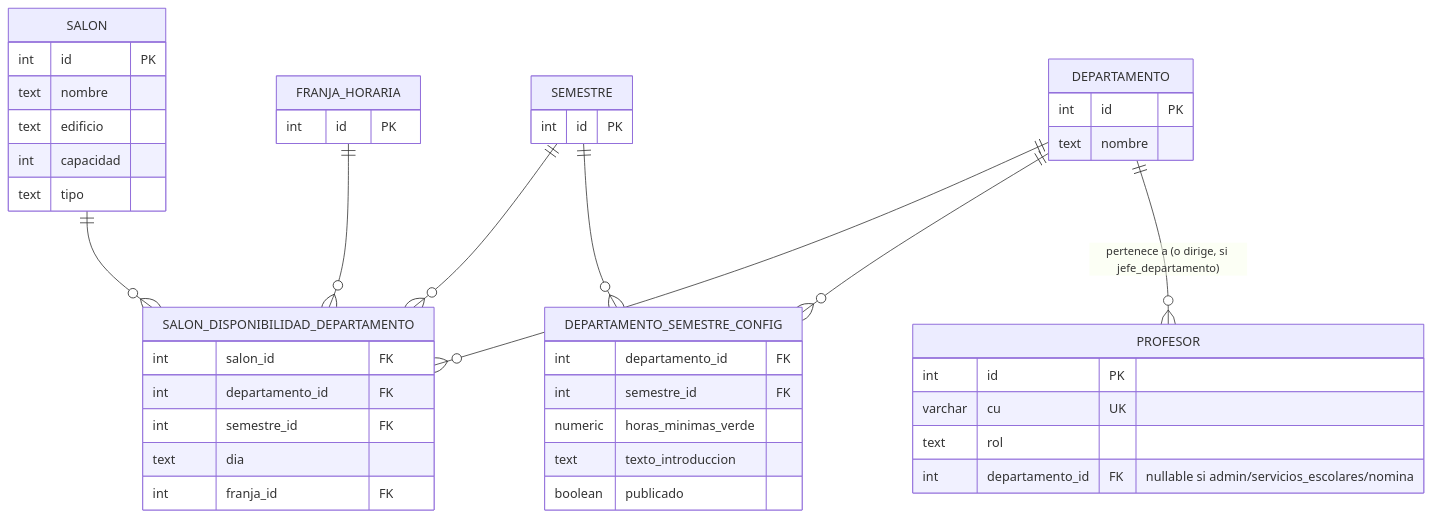
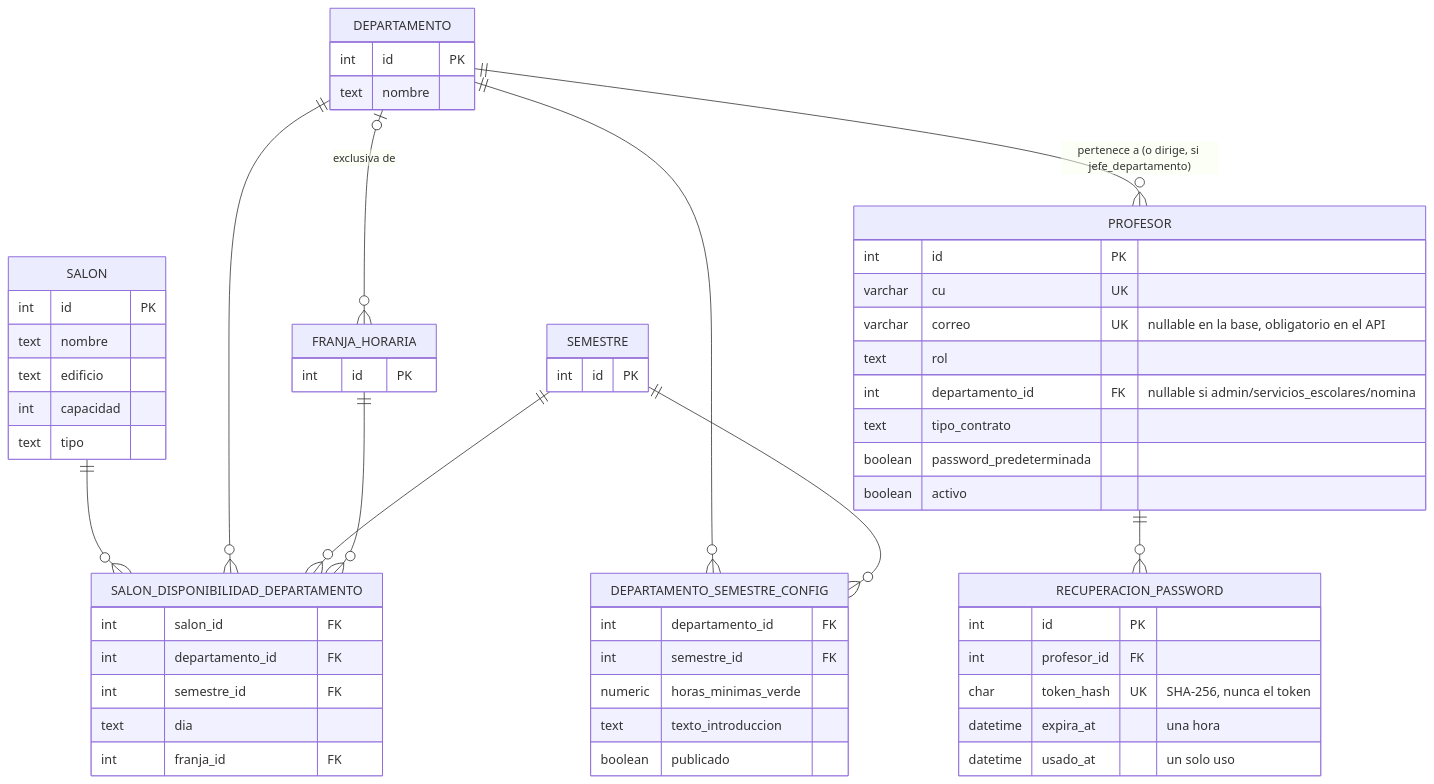
Before and after one commit to PauGarza/malla-horarios-web: the fifth of 5 diagrams in bd/diagrama-er.md, drawn with Mermaid. The commit also changed other lines of this file and 5 other files, not shown here.

````diff
--- a/bd/diagrama-er.md
+++ b/bd/diagrama-er.md
@@ -311,48 +328,61 @@
 ```mermaid
 erDiagram
     SALON {
         int id PK
         text nombre
         text edificio
         int capacidad
         text tipo
     }
     DEPARTAMENTO {
         int id PK
         text nombre
     }
     SEMESTRE {
         int id PK
     }
     FRANJA_HORARIA {
         int id PK
     }
     SALON_DISPONIBILIDAD_DEPARTAMENTO {
         int salon_id FK
         int departamento_id FK
         int semestre_id FK
         text dia
         int franja_id FK
     }
     DEPARTAMENTO_SEMESTRE_CONFIG {
         int departamento_id FK
         int semestre_id FK
         numeric horas_minimas_verde
         text texto_introduccion
         boolean publicado
     }
     PROFESOR {
         int id PK
         varchar cu UK
+        varchar correo UK "nullable en la base, obligatorio en el API"
         text rol
         int departamento_id FK "nullable si admin/servicios_escolares/nomina"
+        text tipo_contrato
+        boolean password_predeterminada
+        boolean activo
+    }
+    RECUPERACION_PASSWORD {
+        int id PK
+        int profesor_id FK
+        char token_hash UK "SHA-256, nunca el token"
+        datetime expira_at "una hora"
+        datetime usado_at "un solo uso"
     }
 
     SALON ||--o{ SALON_DISPONIBILIDAD_DEPARTAMENTO : ""
     DEPARTAMENTO ||--o{ SALON_DISPONIBILIDAD_DEPARTAMENTO : ""
     SEMESTRE ||--o{ SALON_DISPONIBILIDAD_DEPARTAMENTO : ""
     FRANJA_HORARIA ||--o{ SALON_DISPONIBILIDAD_DEPARTAMENTO : ""
     DEPARTAMENTO ||--o{ DEPARTAMENTO_SEMESTRE_CONFIG : ""
     SEMESTRE ||--o{ DEPARTAMENTO_SEMESTRE_CONFIG : ""
     DEPARTAMENTO ||--o{ PROFESOR : "pertenece a (o dirige, si jefe_departamento)"
+    PROFESOR ||--o{ RECUPERACION_PASSWORD : ""
+    DEPARTAMENTO |o--o{ FRANJA_HORARIA : "exclusiva de"
 ```
````
